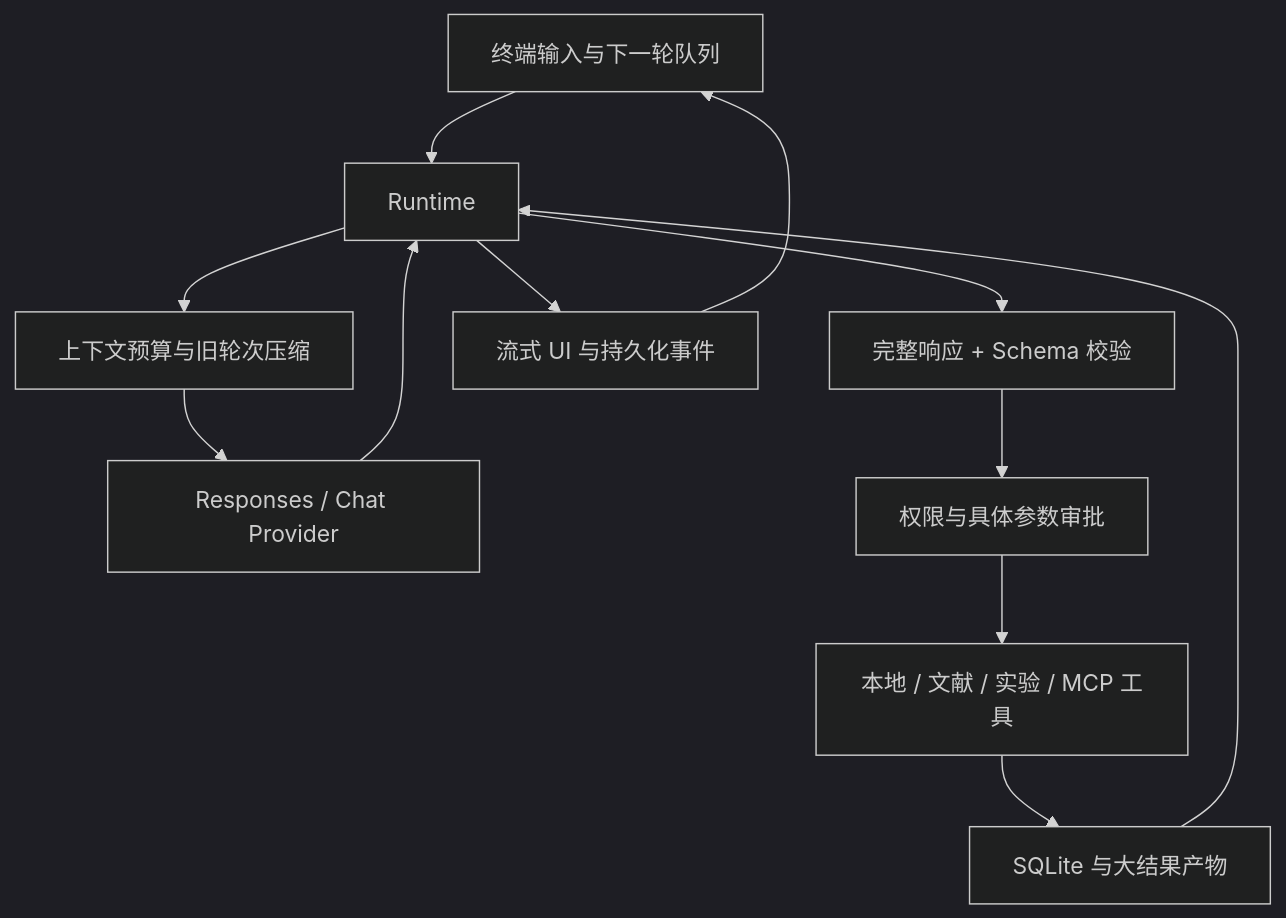
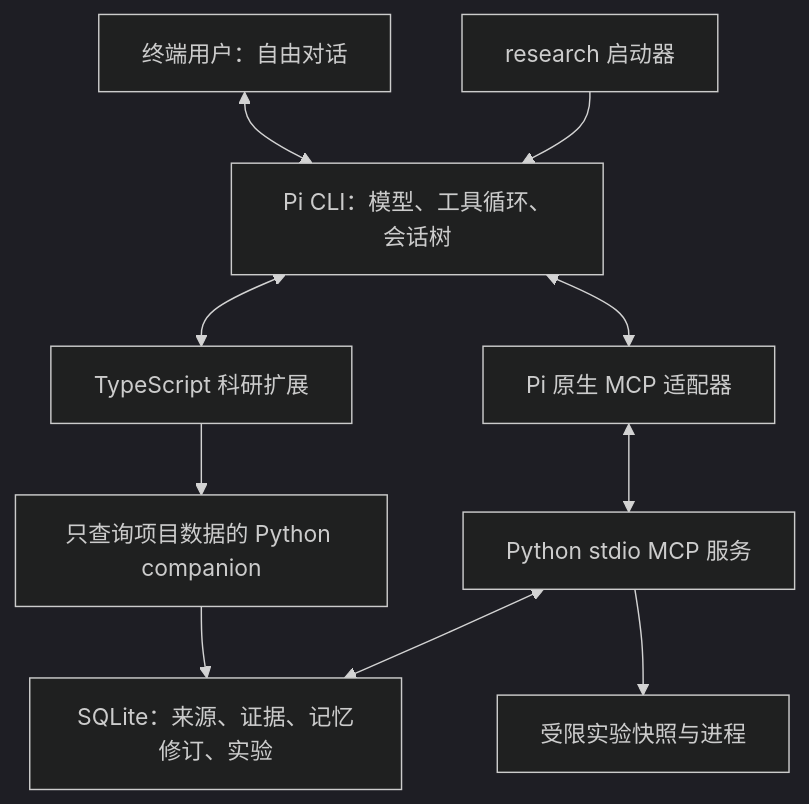
One commit to zhengye123188/amadeus changed the diagram in docs/architecture.md. Above: the diagram before and after it, drawn with Mermaid (dark theme). The commit also changed other lines of this file and 47 other files, not shown here.

Commit message:
feat: build Pi-based research CLI with evidence memory and MCP tools

````diff
--- a/docs/architecture.md
+++ b/docs/architecture.md
@@ -5,14 +5,12 @@
 ```mermaid
 flowchart TD
-    U[终端输入与下一轮队列] --> R[Runtime]
-    R --> C[上下文预算与旧轮次压缩]
-    C --> P[Responses / Chat Provider]
-    P --> R
-    R --> V[完整响应 + Schema 校验]
-    V --> A[权限与具体参数审批]
-    A --> T[本地 / 文献 / 实验 / MCP 工具]
-    T --> S[SQLite 与大结果产物]
-    S --> R
-    R --> E[流式 UI 与持久化事件]
-    E --> U
+    U[终端用户：自由对话] <--> P[Pi CLI：模型、工具循环、会话树]
+    L[research 启动器] --> P
+    P <--> X[TypeScript 科研扩展]
+    P <--> M[Pi 原生 MCP 适配器]
+    M <--> B[Python stdio MCP 服务]
+    B <--> D[SQLite：来源、证据、记忆修订、实验]
+    B --> J[受限实验快照与进程]
+    X --> Q[只查询项目数据的 Python companion]
+    Q --> D
 ```
````
